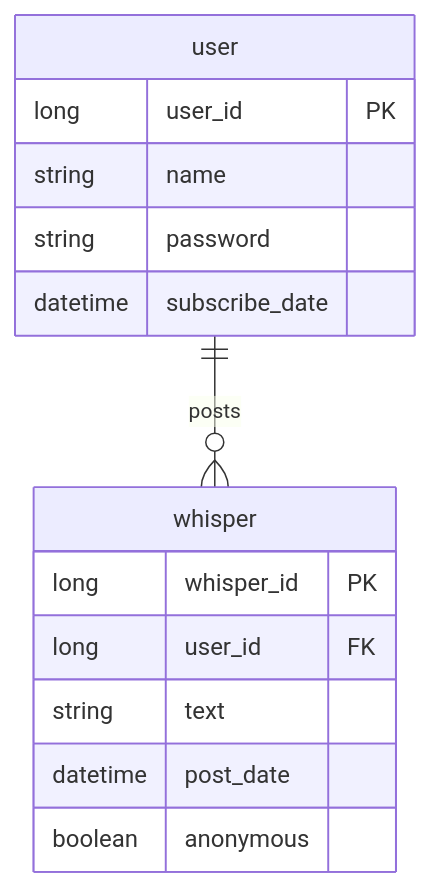
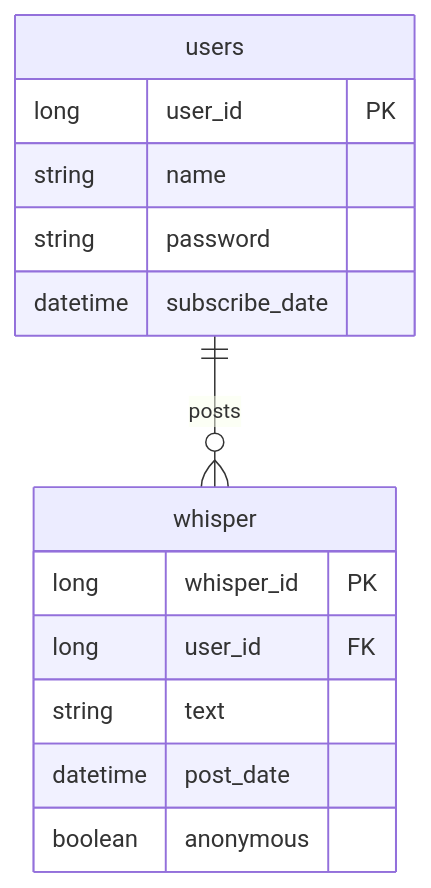
The second of 2 diagrams in other/structure.md (yukiyuukiyuuuki/breeze), drawn with Mermaid before and after one commit. The commit also changed other lines of this file, not shown here.

````diff
--- a/other/structure.md
+++ b/other/structure.md
@@ -80,17 +121,17 @@
 ```mermaid
 erDiagram
-    user {
+    users {
         long user_id PK
         string name
         string password
         datetime subscribe_date
     }
     whisper {
         long whisper_id PK
         long user_id FK
         string text
         datetime post_date
         boolean anonymous
     }
-    user ||--o{ whisper  :"posts"
+    users ||--o{ whisper  :"posts"
 ```
````
